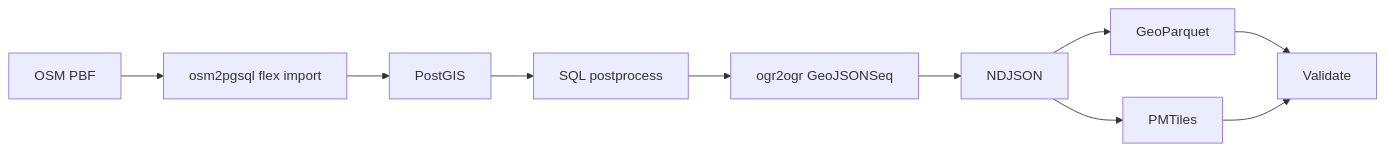
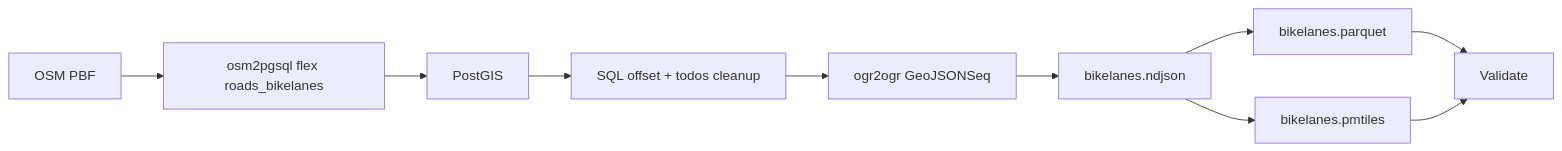
Before and after one commit to tordans/osm-processing-pipeline-comparison: the first of 4 diagrams in results/summary.md, drawn with Mermaid. The commit also changed other lines of this file, not shown here.

First line of the commit message:
results: first Berlin run of the roads-bikelanes benchmark

````diff
--- a/results/summary.md
+++ b/results/summary.md
@@ -127,18 +59,18 @@
 ```mermaid
 flowchart LR
   inputPbf["OSM PBF"]
-  osm2pgsql["osm2pgsql flex import"]
+  osm2pgsql["osm2pgsql flex roads_bikelanes"]
   postgis["PostGIS"]
-  sqlPost["SQL postprocess"]
+  sqlPost["SQL offset + todos cleanup"]
   ogrNdjson["ogr2ogr GeoJSONSeq"]
-  ndjson["NDJSON"]
-  geoParquet["GeoParquet"]
-  pmtiles["PMTiles"]
+  ndjson["bikelanes.ndjson"]
+  geoParquet["bikelanes.parquet"]
+  pmtiles["bikelanes.pmtiles"]
   validate["Validate"]
 
   inputPbf --> osm2pgsql --> postgis --> sqlPost --> ogrNdjson --> ndjson
   ndjson --> geoParquet
   ndjson --> pmtiles
   geoParquet --> validate
   pmtiles --> validate
 ```
````
